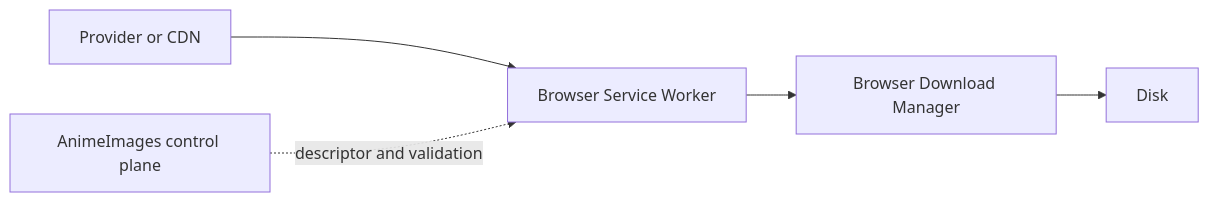
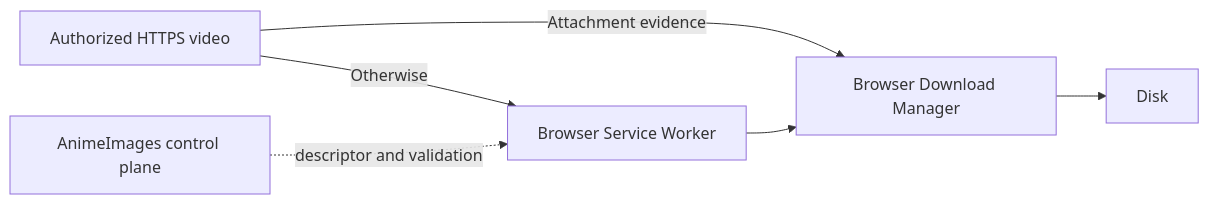
The fourth of 5 diagrams in docs/architecture.md (Daiobs/AnimeImages), drawn with Mermaid before and after one commit. The commit also changed other lines of this file and 39 other files, not shown here.

Commit message:
fix: derive browser delivery from authorized media access facts

````diff
--- a/docs/architecture.md
+++ b/docs/architecture.md
@@ -249,7 +249,8 @@
 ```mermaid
 flowchart LR
-    C[Provider or CDN] --> S[Browser Service Worker]
+    C[Authorized HTTPS video] -->|Attachment evidence| M[Browser Download Manager]
+    C -->|Otherwise| S[Browser Service Worker]
     S --> M[Browser Download Manager]
     M --> K[Disk]
     A[AnimeImages control plane] -. descriptor and validation .-> S
 ```
````
